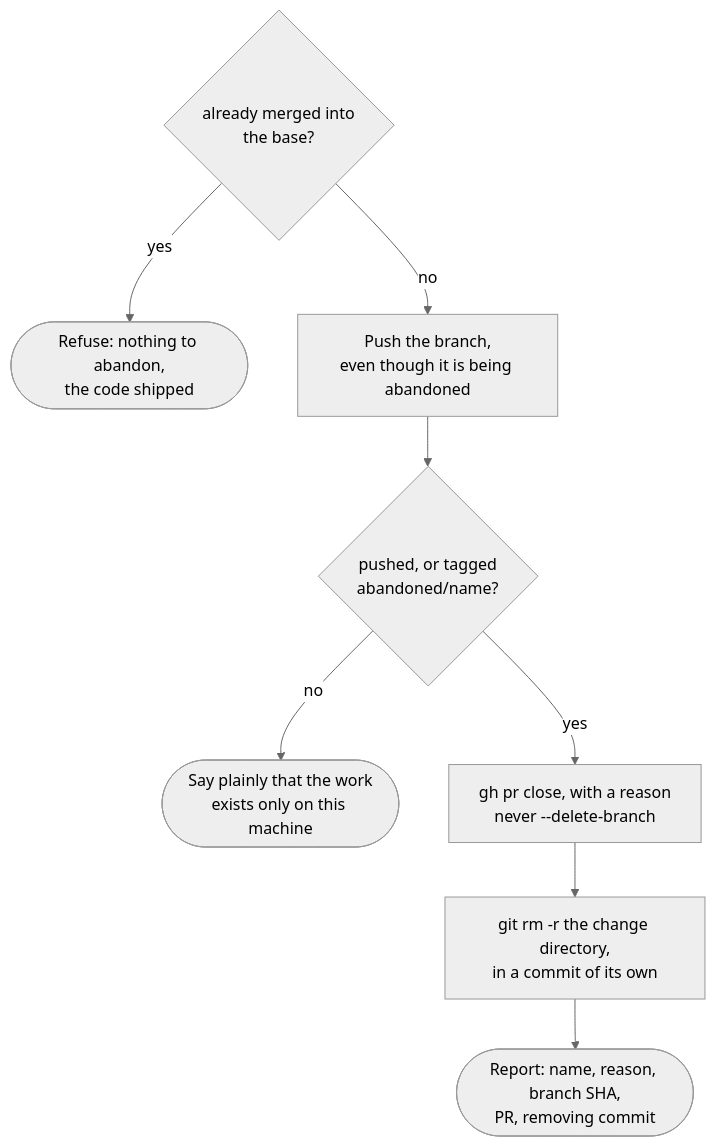
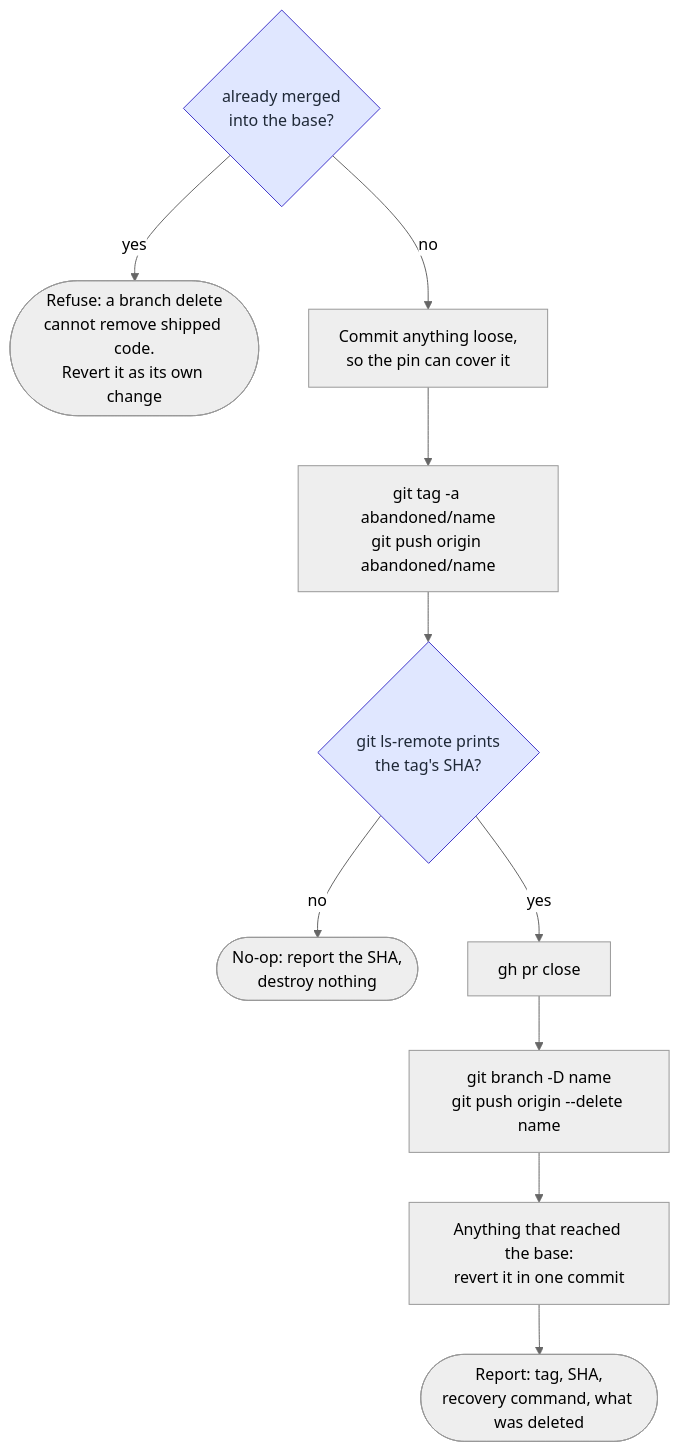
Before and after one commit to codecicada/openspec-flow: the fourth of 5 diagrams in docs/change-flow.md, drawn with Mermaid (neutral theme). The commit also changed other lines of this file and 5 other files, not shown here.

````diff
--- a/docs/change-flow.md
+++ b/docs/change-flow.md
@@ -260,10 +265,16 @@
 ```mermaid
 flowchart TD
-  b1{"already merged into<br/>the base?"} -- yes --> stopM(["Refuse: nothing to abandon,<br/>the code shipped"])
-  b1 -- no --> b2["Push the branch,<br/>even though it is being abandoned"]
-  b2 --> b2q{"pushed, or tagged<br/>abandoned/name?"}
-  b2q -- no --> sayso(["Say plainly that the work<br/>exists only on this machine"])
-  b2q -- yes --> b3["gh pr close, with a reason<br/>never --delete-branch"]
-  b3 --> b4["git rm -r the change directory,<br/>in a commit of its own"]
-  b4 --> b5(["Report: name, reason, branch SHA,<br/>PR, removing commit"])
+  b1{"already merged<br/>into the base?"} -- yes --> stopM(["Refuse: a branch delete<br/>cannot remove shipped code.<br/>Revert it as its own change"])
+  b1 -- no --> b2["Commit anything loose,<br/>so the pin can cover it"]
+  b2 --> b3["git tag -a abandoned/name<br/>git push origin abandoned/name"]
+  b3 --> b3q{"git ls-remote prints<br/>the tag's SHA?"}
+  b3q -- no --> noop(["No-op: report the SHA,<br/>destroy nothing"])
+  b3q -- yes --> b4["gh pr close"]
+  b4 --> b5["git branch -D name<br/>git push origin --delete name"]
+  b5 --> b6["Anything that reached the base:<br/>revert it in one commit"]
+  b6 --> b7(["Report: tag, SHA,<br/>recovery command, what was deleted"])
+
+  classDef question fill:#e0e7ff,stroke:#4338ca,color:#1f2937;
+  class b1 question;
+  class b3q question;
 ```
````
